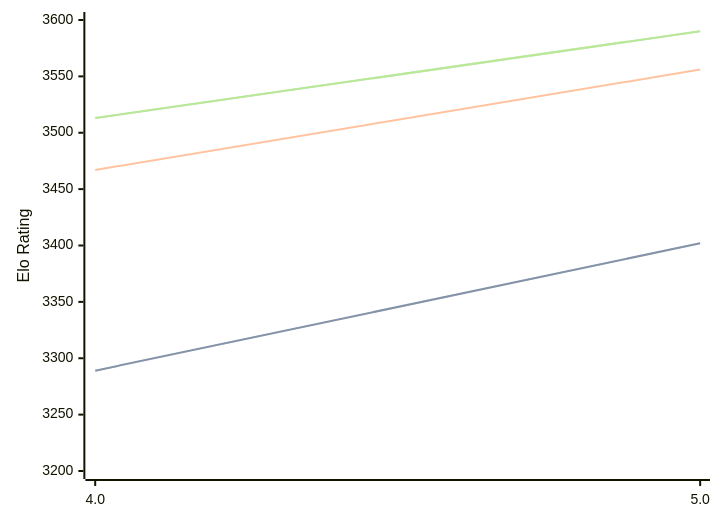
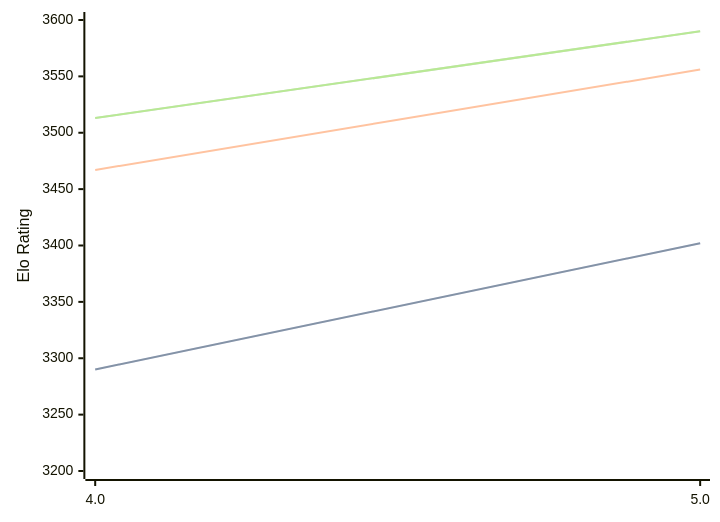
One commit to computer-chess-index/cci changed the diagram in engines/Tarnished.md. Above: the diagram before and after it, drawn with Mermaid. The commit also changed other lines of this file, not shown here.

````diff
--- a/engines/Tarnished.md
+++ b/engines/Tarnished.md
@@ -33,11 +33,11 @@
 ```mermaid
 %%{init: {"theme":"base","themeVariables":{"seriesColors:['#a3a3a3','#222221','#faa371']}}}%%
 xychart-beta
   x-axis ["4.0", "5.0"]
   y-axis "Elo Rating" 3200 --> 3600
-  line "STC (8.0+0.08s)" [3289, 3402]
-  line "STC (8.0+0.08s)" [3289, 3402]
+  line "STC (8.0+0.08s)" [3290, 3402]
+  line "STC (8.0+0.08s)" [3290, 3402]
   line "LTC (60.0+0.60s)" [3467, 3556]
   line "VLTC (2m24s+1.12s)" [3513, 3590]
   line "VLTC (2m24s+1.12s)" [3513, 3590]
 ```
````
